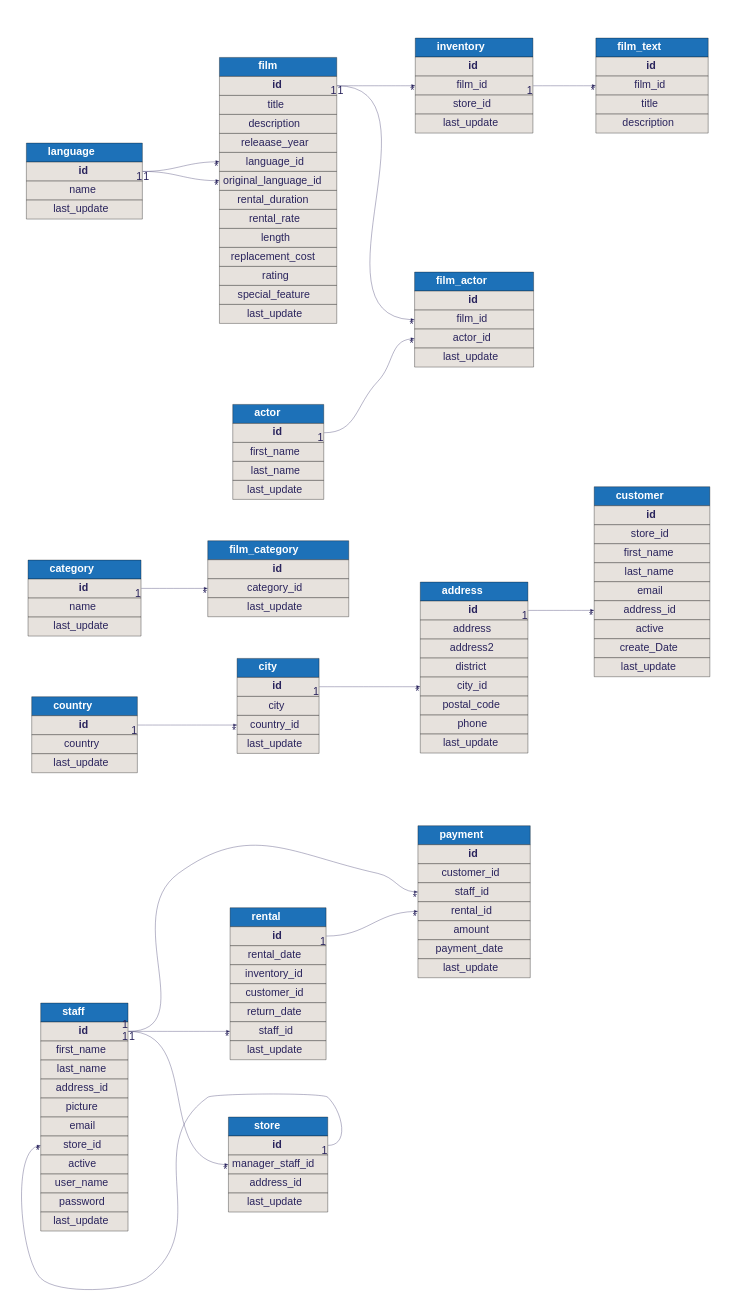
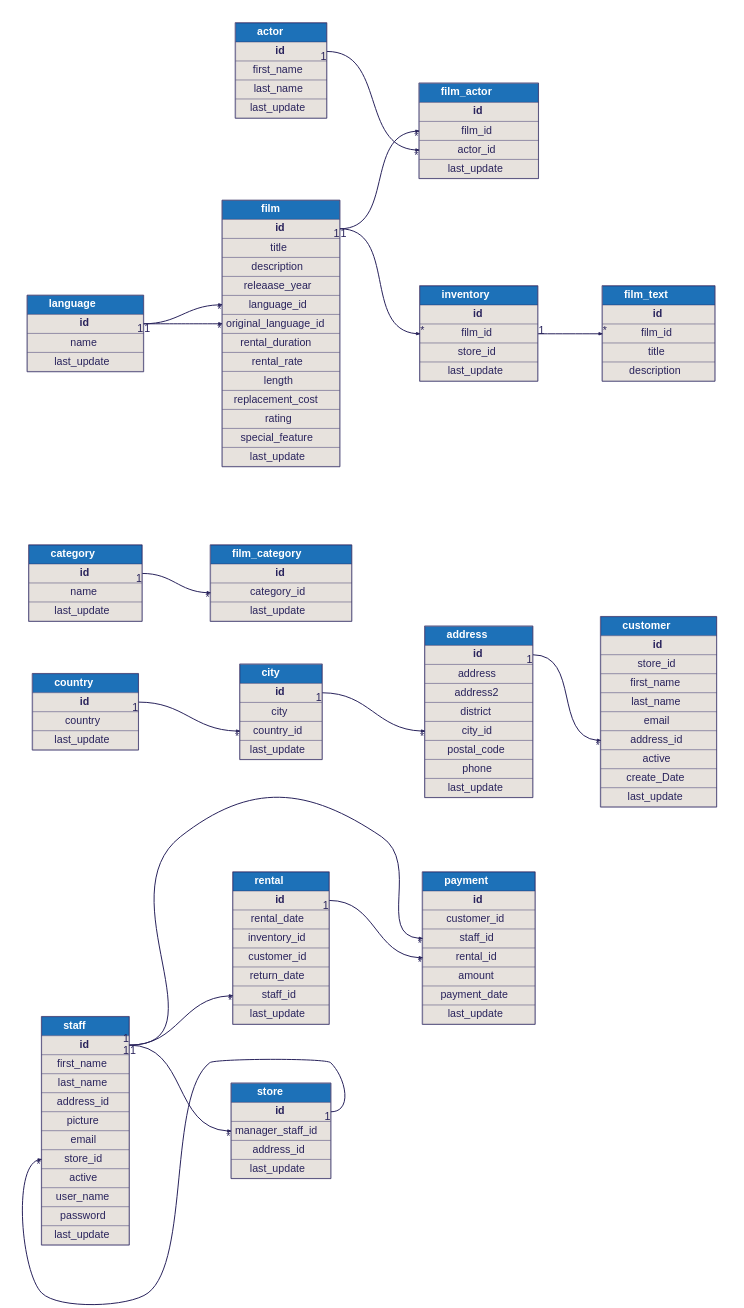
The diagram in examples/video-rental.dbml.dot (softwaretechnik-berlin/dbml-renderer), drawn with Graphviz before and after one commit. The commit also changed 12 other files, not shown here.

```diff
--- a/examples/video-rental.dbml.dot
+++ b/examples/video-rental.dbml.dot
@@ -6,7 +6,7 @@
 
       
       
-      "staff" [id=staff;label=<<TABLE BORDER="0" CELLBORDER="1" CELLSPACING="0" CELLPADDING="10" >
+      "staff" [id=staff;label=<<TABLE BORDER="2" COLOR="#29235c" CELLBORDER="1" CELLSPACING="0" CELLPADDING="10" >
       <TR><TD PORT="f0" WIDTH="150" BGCOLOR="#1d71b8"><font color="#ffffff"><B>       staff       </B></font></TD></TR>
 <TR><TD PORT="f1" BGCOLOR="#e7e2dd"><b>id</b></TD></TR>
 <TR><TD PORT="f2" BGCOLOR="#e7e2dd">first_name</TD></TR>
@@ -20,14 +20,14 @@
 <TR><TD PORT="f10" BGCOLOR="#e7e2dd">password</TD></TR>
 <TR><TD PORT="f11" BGCOLOR="#e7e2dd">last_update</TD></TR>
     </TABLE>>];
-"store" [id=store;label=<<TABLE BORDER="0" CELLBORDER="1" CELLSPACING="0" CELLPADDING="10" >
+"store" [id=store;label=<<TABLE BORDER="2" COLOR="#29235c" CELLBORDER="1" CELLSPACING="0" CELLPADDING="10" >
       <TR><TD PORT="f0" WIDTH="150" BGCOLOR="#1d71b8"><font color="#ffffff"><B>       store       </B></font></TD></TR>
 <TR><TD PORT="f1" BGCOLOR="#e7e2dd"><b>id</b></TD></TR>
 <TR><TD PORT="f2" BGCOLOR="#e7e2dd">manager_staff_id</TD></TR>
 <TR><TD PORT="f3" BGCOLOR="#e7e2dd">address_id</TD></TR>
 <TR><TD PORT="f4" BGCOLOR="#e7e2dd">last_update</TD></TR>
     </TABLE>>];
-"payment" [id=payment;label=<<TABLE BORDER="0" CELLBORDER="1" CELLSPACING="0" CELLPADDING="10" >
+"payment" [id=payment;label=<<TABLE BORDER="2" COLOR="#29235c" CELLBORDER="1" CELLSPACING="0" CELLPADDING="10" >
       <TR><TD PORT="f0" WIDTH="150" BGCOLOR="#1d71b8"><font color="#ffffff"><B>       payment       </B></font></TD></TR>
 <TR><TD PORT="f1" BGCOLOR="#e7e2dd"><b>id</b></TD></TR>
 <TR><TD PORT="f2" BGCOLOR="#e7e2dd">customer_id</TD></TR>
@@ -37,7 +37,7 @@
 <TR><TD PORT="f6" BGCOLOR="#e7e2dd">payment_date</TD></TR>
 <TR><TD PORT="f7" BGCOLOR="#e7e2dd">last_update</TD></TR>
     </TABLE>>];
-"rental" [id=rental;label=<<TABLE BORDER="0" CELLBORDER="1" CELLSPACING="0" CELLPADDING="10" >
+"rental" [id=rental;label=<<TABLE BORDER="2" COLOR="#29235c" CELLBORDER="1" CELLSPACING="0" CELLPADDING="10" >
       <TR><TD PORT="f0" WIDTH="150" BGCOLOR="#1d71b8"><font color="#ffffff"><B>       rental       </B></font></TD></TR>
 <TR><TD PORT="f1" BGCOLOR="#e7e2dd"><b>id</b></TD></TR>
 <TR><TD PORT="f2" BGCOLOR="#e7e2dd">rental_date</TD></TR>
@@ -47,20 +47,20 @@
 <TR><TD PORT="f6" BGCOLOR="#e7e2dd">staff_id</TD></TR>
 <TR><TD PORT="f7" BGCOLOR="#e7e2dd">last_update</TD></TR>
     </TABLE>>];
-"country" [id=country;label=<<TABLE BORDER="0" CELLBORDER="1" CELLSPACING="0" CELLPADDING="10" >
+"country" [id=country;label=<<TABLE BORDER="2" COLOR="#29235c" CELLBORDER="1" CELLSPACING="0" CELLPADDING="10" >
       <TR><TD PORT="f0" WIDTH="150" BGCOLOR="#1d71b8"><font color="#ffffff"><B>       country       </B></font></TD></TR>
 <TR><TD PORT="f1" BGCOLOR="#e7e2dd"><b>id</b></TD></TR>
 <TR><TD PORT="f2" BGCOLOR="#e7e2dd">country</TD></TR>
 <TR><TD PORT="f3" BGCOLOR="#e7e2dd">last_update</TD></TR>
     </TABLE>>];
-"city" [id=city;label=<<TABLE BORDER="0" CELLBORDER="1" CELLSPACING="0" CELLPADDING="10" >
+"city" [id=city;label=<<TABLE BORDER="2" COLOR="#29235c" CELLBORDER="1" CELLSPACING="0" CELLPADDING="10" >
       <TR><TD PORT="f0" WIDTH="150" BGCOLOR="#1d71b8"><font color="#ffffff"><B>       city       </B></font></TD></TR>
 <TR><TD PORT="f1" BGCOLOR="#e7e2dd"><b>id</b></TD></TR>
 <TR><TD PORT="f2" BGCOLOR="#e7e2dd">city</TD></TR>
 <TR><TD PORT="f3" BGCOLOR="#e7e2dd">country_id</TD></TR>
 <TR><TD PORT="f4" BGCOLOR="#e7e2dd">last_update</TD></TR>
     </TABLE>>];
-"address" [id=address;label=<<TABLE BORDER="0" CELLBORDER="1" CELLSPACING="0" CELLPADDING="10" >
+"address" [id=address;label=<<TABLE BORDER="2" COLOR="#29235c" CELLBORDER="1" CELLSPACING="0" CELLPADDING="10" >
       <TR><TD PORT="f0" WIDTH="150" BGCOLOR="#1d71b8"><font color="#ffffff"><B>       address       </B></font></TD></TR>
 <TR><TD PORT="f1" BGCOLOR="#e7e2dd"><b>id</b></TD></TR>
 <TR><TD PORT="f2" BGCOLOR="#e7e2dd">address</TD></TR>
@@ -71,7 +71,7 @@
 <TR><TD PORT="f7" BGCOLOR="#e7e2dd">phone</TD></TR>
 <TR><TD PORT="f8" BGCOLOR="#e7e2dd">last_update</TD></TR>
     </TABLE>>];
-"customer" [id=customer;label=<<TABLE BORDER="0" CELLBORDER="1" CELLSPACING="0" CELLPADDING="10" >
+"customer" [id=customer;label=<<TABLE BORDER="2" COLOR="#29235c" CELLBORDER="1" CELLSPACING="0" CELLPADDING="10" >
       <TR><TD PORT="f0" WIDTH="150" BGCOLOR="#1d71b8"><font color="#ffffff"><B>       customer       </B></font></TD></TR>
 <TR><TD PORT="f1" BGCOLOR="#e7e2dd"><b>id</b></TD></TR>
 <TR><TD PORT="f2" BGCOLOR="#e7e2dd">store_id</TD></TR>
@@ -83,39 +83,39 @@
 <TR><TD PORT="f8" BGCOLOR="#e7e2dd">create_Date</TD></TR>
 <TR><TD PORT="f9" BGCOLOR="#e7e2dd">last_update</TD></TR>
     </TABLE>>];
-"category" [id=category;label=<<TABLE BORDER="0" CELLBORDER="1" CELLSPACING="0" CELLPADDING="10" >
+"category" [id=category;label=<<TABLE BORDER="2" COLOR="#29235c" CELLBORDER="1" CELLSPACING="0" CELLPADDING="10" >
       <TR><TD PORT="f0" WIDTH="150" BGCOLOR="#1d71b8"><font color="#ffffff"><B>       category       </B></font></TD></TR>
 <TR><TD PORT="f1" BGCOLOR="#e7e2dd"><b>id</b></TD></TR>
 <TR><TD PORT="f2" BGCOLOR="#e7e2dd">name</TD></TR>
 <TR><TD PORT="f3" BGCOLOR="#e7e2dd">last_update</TD></TR>
     </TABLE>>];
-"film_category" [id=film_category;label=<<TABLE BORDER="0" CELLBORDER="1" CELLSPACING="0" CELLPADDING="10" >
+"film_category" [id=film_category;label=<<TABLE BORDER="2" COLOR="#29235c" CELLBORDER="1" CELLSPACING="0" CELLPADDING="10" >
       <TR><TD PORT="f0" WIDTH="150" BGCOLOR="#1d71b8"><font color="#ffffff"><B>       film_category       </B></font></TD></TR>
 <TR><TD PORT="f1" BGCOLOR="#e7e2dd"><b>id</b></TD></TR>
 <TR><TD PORT="f2" BGCOLOR="#e7e2dd">category_id</TD></TR>
 <TR><TD PORT="f3" BGCOLOR="#e7e2dd">last_update</TD></TR>
     </TABLE>>];
-"language" [id=language;label=<<TABLE BORDER="0" CELLBORDER="1" CELLSPACING="0" CELLPADDING="10" >
+"language" [id=language;label=<<TABLE BORDER="2" COLOR="#29235c" CELLBORDER="1" CELLSPACING="0" CELLPADDING="10" >
       <TR><TD PORT="f0" WIDTH="150" BGCOLOR="#1d71b8"><font color="#ffffff"><B>       language       </B></font></TD></TR>
 <TR><TD PORT="f1" BGCOLOR="#e7e2dd"><b>id</b></TD></TR>
 <TR><TD PORT="f2" BGCOLOR="#e7e2dd">name</TD></TR>
 <TR><TD PORT="f3" BGCOLOR="#e7e2dd">last_update</TD></TR>
     </TABLE>>];
-"film_text" [id=film_text;label=<<TABLE BORDER="0" CELLBORDER="1" CELLSPACING="0" CELLPADDING="10" >
+"film_text" [id=film_text;label=<<TABLE BORDER="2" COLOR="#29235c" CELLBORDER="1" CELLSPACING="0" CELLPADDING="10" >
       <TR><TD PORT="f0" WIDTH="150" BGCOLOR="#1d71b8"><font color="#ffffff"><B>       film_text       </B></font></TD></TR>
 <TR><TD PORT="f1" BGCOLOR="#e7e2dd"><b>id</b></TD></TR>
 <TR><TD PORT="f2" BGCOLOR="#e7e2dd">film_id</TD></TR>
 <TR><TD PORT="f3" BGCOLOR="#e7e2dd">title</TD></TR>
 <TR><TD PORT="f4" BGCOLOR="#e7e2dd">description</TD></TR>
     </TABLE>>];
-"actor" [id=actor;label=<<TABLE BORDER="0" CELLBORDER="1" CELLSPACING="0" CELLPADDING="10" >
+"actor" [id=actor;label=<<TABLE BORDER="2" COLOR="#29235c" CELLBORDER="1" CELLSPACING="0" CELLPADDING="10" >
       <TR><TD PORT="f0" WIDTH="150" BGCOLOR="#1d71b8"><font color="#ffffff"><B>       actor       </B></font></TD></TR>
 <TR><TD PORT="f1" BGCOLOR="#e7e2dd"><b>id</b></TD></TR>
 <TR><TD PORT="f2" BGCOLOR="#e7e2dd">first_name</TD></TR>
 <TR><TD PORT="f3" BGCOLOR="#e7e2dd">last_name</TD></TR>
 <TR><TD PORT="f4" BGCOLOR="#e7e2dd">last_update</TD></TR>
     </TABLE>>];
-"film" [id=film;label=<<TABLE BORDER="0" CELLBORDER="1" CELLSPACING="0" CELLPADDING="10" >
+"film" [id=film;label=<<TABLE BORDER="2" COLOR="#29235c" CELLBORDER="1" CELLSPACING="0" CELLPADDING="10" >
       <TR><TD PORT="f0" WIDTH="150" BGCOLOR="#1d71b8"><font color="#ffffff"><B>       film       </B></font></TD></TR>
 <TR><TD PORT="f1" BGCOLOR="#e7e2dd"><b>id</b></TD></TR>
 <TR><TD PORT="f2" BGCOLOR="#e7e2dd">title</TD></TR>
@@ -131,14 +131,14 @@
 <TR><TD PORT="f12" BGCOLOR="#e7e2dd">special_feature</TD></TR>
 <TR><TD PORT="f13" BGCOLOR="#e7e2dd">last_update</TD></TR>
     </TABLE>>];
-"film_actor" [id=film_actor;label=<<TABLE BORDER="0" CELLBORDER="1" CELLSPACING="0" CELLPADDING="10" >
+"film_actor" [id=film_actor;label=<<TABLE BORDER="2" COLOR="#29235c" CELLBORDER="1" CELLSPACING="0" CELLPADDING="10" >
       <TR><TD PORT="f0" WIDTH="150" BGCOLOR="#1d71b8"><font color="#ffffff"><B>       film_actor       </B></font></TD></TR>
 <TR><TD PORT="f1" BGCOLOR="#e7e2dd"><b>id</b></TD></TR>
 <TR><TD PORT="f2" BGCOLOR="#e7e2dd">film_id</TD></TR>
 <TR><TD PORT="f3" BGCOLOR="#e7e2dd">actor_id</TD></TR>
 <TR><TD PORT="f4" BGCOLOR="#e7e2dd">last_update</TD></TR>
     </TABLE>>];
-"inventory" [id=inventory;label=<<TABLE BORDER="0" CELLBORDER="1" CELLSPACING="0" CELLPADDING="10" >
+"inventory" [id=inventory;label=<<TABLE BORDER="2" COLOR="#29235c" CELLBORDER="1" CELLSPACING="0" CELLPADDING="10" >
       <TR><TD PORT="f0" WIDTH="150" BGCOLOR="#1d71b8"><font color="#ffffff"><B>       inventory       </B></font></TD></TR>
 <TR><TD PORT="f1" BGCOLOR="#e7e2dd"><b>id</b></TD></TR>
 <TR><TD PORT="f2" BGCOLOR="#e7e2dd">film_id</TD></TR>
@@ -146,19 +146,34 @@
 <TR><TD PORT="f4" BGCOLOR="#e7e2dd">last_update</TD></TR>
     </TABLE>>];
     
-      store:f1:e -> staff:f7:w [headlabel="*", taillabel="1", arrowhead="normal", arrowtail="none"]
-staff:f1:e -> store:f2:w [headlabel="*", taillabel="1", arrowhead="normal", arrowtail="none"]
-staff:f1:e -> payment:f3:w [headlabel="*", taillabel="1", arrowhead="normal", arrowtail="none"]
-rental:f1:e -> payment:f4:w [headlabel="*", taillabel="1", arrowhead="normal", arrowtail="none"]
-staff:f1:e -> rental:f6:w [headlabel="*", taillabel="1", arrowhead="normal", arrowtail="none"]
-country:f1:e -> city:f3:w [headlabel="*", taillabel="1", arrowhead="normal", arrowtail="none"]
-city:f1:e -> address:f5:w [headlabel="*", taillabel="1", arrowhead="normal", arrowtail="none"]
-address:f1:e -> customer:f6:w [headlabel="*", taillabel="1", arrowhead="normal", arrowtail="none"]
-category:f1:e -> film_category:f2:w [headlabel="*", taillabel="1", arrowhead="normal", arrowtail="none"]
-inventory:f2:e -> film_text:f2:w [headlabel="*", taillabel="1", arrowhead="normal", arrowtail="none"]
-language:f1:e -> film:f5:w [headlabel="*", taillabel="1", arrowhead="normal", arrowtail="none"]
-language:f1:e -> film:f6:w [headlabel="*", taillabel="1", arrowhead="normal", arrowtail="none"]
-film:f1:e -> film_actor:f2:w [headlabel="*", taillabel="1", arrowhead="normal", arrowtail="none"]
-actor:f1:e -> film_actor:f3:w [headlabel="*", taillabel="1", arrowhead="normal", arrowtail="none"]
-film:f1:e -> inventory:f2:w [headlabel="*", taillabel="1", arrowhead="normal", arrowtail="none"]
+      store:0 -> staff:0 [style=invis, weight=100, color=red]
+    store:f1:e -> staff:f7:w [penwidth=3, color="#29235c", headlabel="*", taillabel="1", arrowhead="normal", arrowtail="none"]
+staff:0 -> store:0 [style=invis, weight=100, color=red]
+    staff:f1:e -> store:f2:w [penwidth=3, color="#29235c", headlabel="*", taillabel="1", arrowhead="normal", arrowtail="none"]
+staff:0 -> payment:0 [style=invis, weight=100, color=red]
+    staff:f1:e -> payment:f3:w [penwidth=3, color="#29235c", headlabel="*", taillabel="1", arrowhead="normal", arrowtail="none"]
+rental:0 -> payment:0 [style=invis, weight=100, color=red]
+    rental:f1:e -> payment:f4:w [penwidth=3, color="#29235c", headlabel="*", taillabel="1", arrowhead="normal", arrowtail="none"]
+staff:0 -> rental:0 [style=invis, weight=100, color=red]
+    staff:f1:e -> rental:f6:w [penwidth=3, color="#29235c", headlabel="*", taillabel="1", arrowhead="normal", arrowtail="none"]
+country:0 -> city:0 [style=invis, weight=100, color=red]
+    country:f1:e -> city:f3:w [penwidth=3, color="#29235c", headlabel="*", taillabel="1", arrowhead="normal", arrowtail="none"]
+city:0 -> address:0 [style=invis, weight=100, color=red]
+    city:f1:e -> address:f5:w [penwidth=3, color="#29235c", headlabel="*", taillabel="1", arrowhead="normal", arrowtail="none"]
+address:0 -> customer:0 [style=invis, weight=100, color=red]
+    address:f1:e -> customer:f6:w [penwidth=3, color="#29235c", headlabel="*", taillabel="1", arrowhead="normal", arrowtail="none"]
+category:0 -> film_category:0 [style=invis, weight=100, color=red]
+    category:f1:e -> film_category:f2:w [penwidth=3, color="#29235c", headlabel="*", taillabel="1", arrowhead="normal", arrowtail="none"]
+inventory:0 -> film_text:0 [style=invis, weight=100, color=red]
+    inventory:f2:e -> film_text:f2:w [penwidth=3, color="#29235c", headlabel="*", taillabel="1", arrowhead="normal", arrowtail="none"]
+language:0 -> film:0 [style=invis, weight=100, color=red]
+    language:f1:e -> film:f5:w [penwidth=3, color="#29235c", headlabel="*", taillabel="1", arrowhead="normal", arrowtail="none"]
+language:0 -> film:0 [style=invis, weight=100, color=red]
+    language:f1:e -> film:f6:w [penwidth=3, color="#29235c", headlabel="*", taillabel="1", arrowhead="normal", arrowtail="none"]
+film:0 -> film_actor:0 [style=invis, weight=100, color=red]
+    film:f1:e -> film_actor:f2:w [penwidth=3, color="#29235c", headlabel="*", taillabel="1", arrowhead="normal", arrowtail="none"]
+actor:0 -> film_actor:0 [style=invis, weight=100, color=red]
+    actor:f1:e -> film_actor:f3:w [penwidth=3, color="#29235c", headlabel="*", taillabel="1", arrowhead="normal", arrowtail="none"]
+film:0 -> inventory:0 [style=invis, weight=100, color=red]
+    film:f1:e -> inventory:f2:w [penwidth=3, color="#29235c", headlabel="*", taillabel="1", arrowhead="normal", arrowtail="none"]
     }
```
